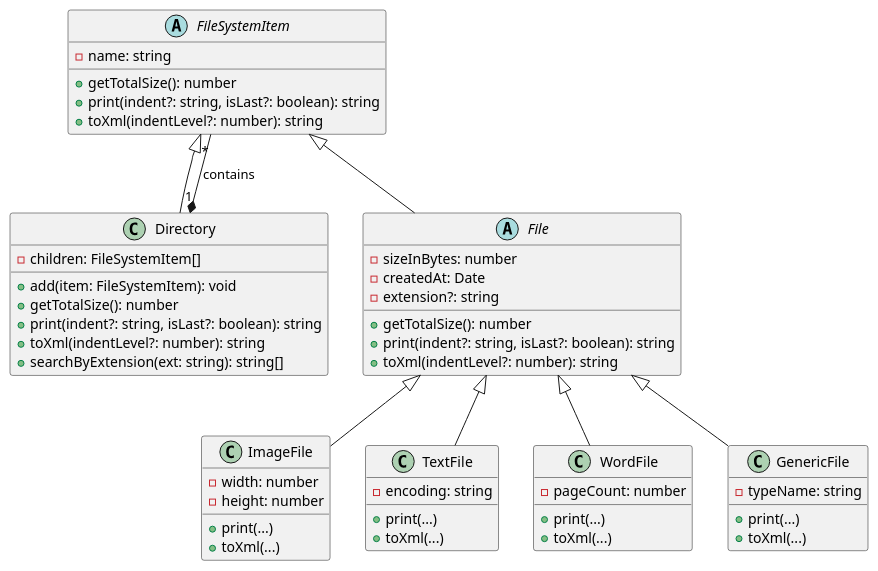
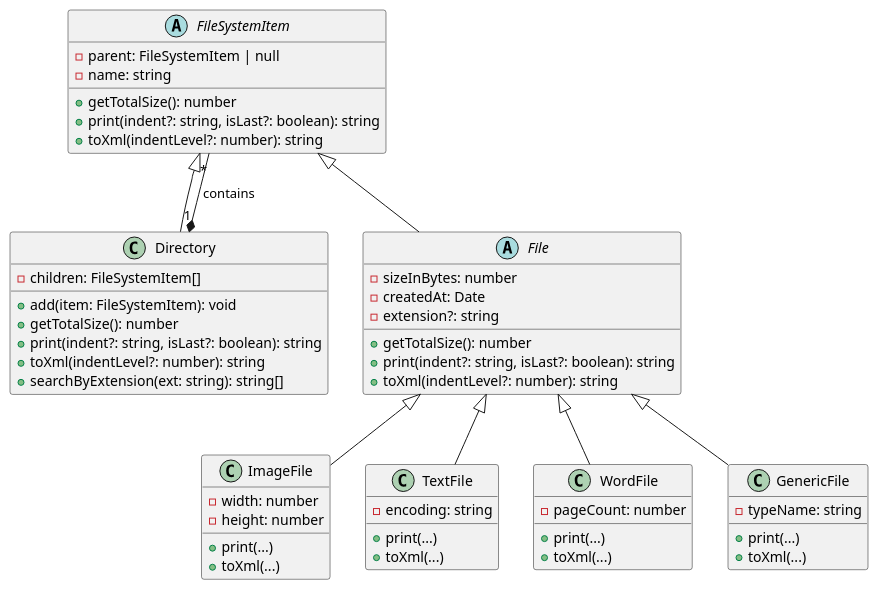
One commit to kayliao/cloud-file-system-domain changed the diagram in docs/diagram.puml. Above: the diagram before and after it, drawn with PlantUML.

Commit message:
add parent field

```diff
--- a/docs/diagram.puml
+++ b/docs/diagram.puml
@@ -1,61 +1,62 @@
 @startuml CloudFileSystem_Domain
 
 abstract FileSystemItem {
+  - parent: FileSystemItem | null
   - name: string
   + getTotalSize(): number
   + print(indent?: string, isLast?: boolean): string
   + toXml(indentLevel?: number): string
 }
 
 class Directory {
   - children: FileSystemItem[]
   + add(item: FileSystemItem): void
   + getTotalSize(): number
   + print(indent?: string, isLast?: boolean): string
   + toXml(indentLevel?: number): string
   + searchByExtension(ext: string): string[]
 }
 
 abstract class File {
   - sizeInBytes: number
   - createdAt: Date
   - extension?: string
   + getTotalSize(): number
   + print(indent?: string, isLast?: boolean): string
   + toXml(indentLevel?: number): string
 }
 
 class ImageFile {
   - width: number
   - height: number
   + print(...)
   + toXml(...)
 }
 
 class TextFile {
   - encoding: string
   + print(...)
   + toXml(...)
 }
 
 class WordFile {
   - pageCount: number
   + print(...)
   + toXml(...)
 }
 
 class GenericFile {
   - typeName: string
   + print(...)
   + toXml(...)
 }
 
 FileSystemItem <|-- Directory
 FileSystemItem <|-- File
 File <|-- ImageFile
 File <|-- TextFile
 File <|-- WordFile
 File <|-- GenericFile
 Directory "1" *-- "*" FileSystemItem : contains
 
 @enduml
```
